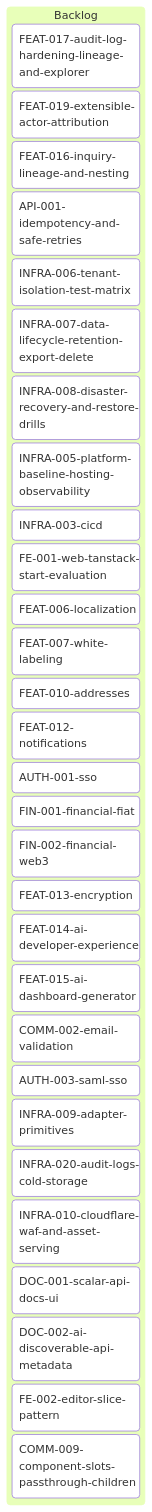
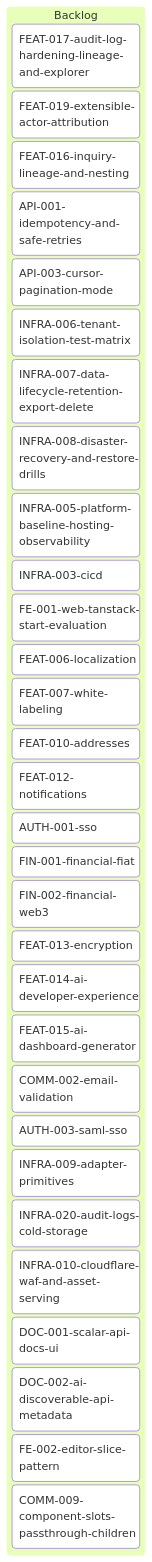
The diagram in tickets/kanban-backlog.md (inixiative/template), drawn with Mermaid before and after one commit. The commit also changed other lines of this file and 1 other file, not shown here.

First line of the commit message:
chore(tickets): add API-003 cursor pagination mode to backlog

````diff
--- a/tickets/kanban-backlog.md
+++ b/tickets/kanban-backlog.md
@@ -3,38 +3,39 @@
 ```mermaid
 ---
 config:
   kanban:
     ticketBaseUrl: 'https://github.com/yourorg/template/blob/main/tickets/#TICKET#'
 ---
 kanban
   Backlog
     FEAT-017-audit-log-hardening-lineage-and-explorer
     FEAT-019-extensible-actor-attribution
     FEAT-016-inquiry-lineage-and-nesting
     API-001-idempotency-and-safe-retries
+    API-003-cursor-pagination-mode
     INFRA-006-tenant-isolation-test-matrix
     INFRA-007-data-lifecycle-retention-export-delete
     INFRA-008-disaster-recovery-and-restore-drills
     INFRA-005-platform-baseline-hosting-observability
     INFRA-003-cicd
     FE-001-web-tanstack-start-evaluation
     FEAT-006-localization
     FEAT-007-white-labeling
     FEAT-010-addresses
     FEAT-012-notifications
     AUTH-001-sso
     FIN-001-financial-fiat
     FIN-002-financial-web3
     FEAT-013-encryption
     FEAT-014-ai-developer-experience
     FEAT-015-ai-dashboard-generator
     COMM-002-email-validation
     AUTH-003-saml-sso
     INFRA-009-adapter-primitives
     INFRA-020-audit-logs-cold-storage
     INFRA-010-cloudflare-waf-and-asset-serving
     DOC-001-scalar-api-docs-ui
     DOC-002-ai-discoverable-api-metadata
     FE-002-editor-slice-pattern
     COMM-009-component-slots-passthrough-children
 ```
````
